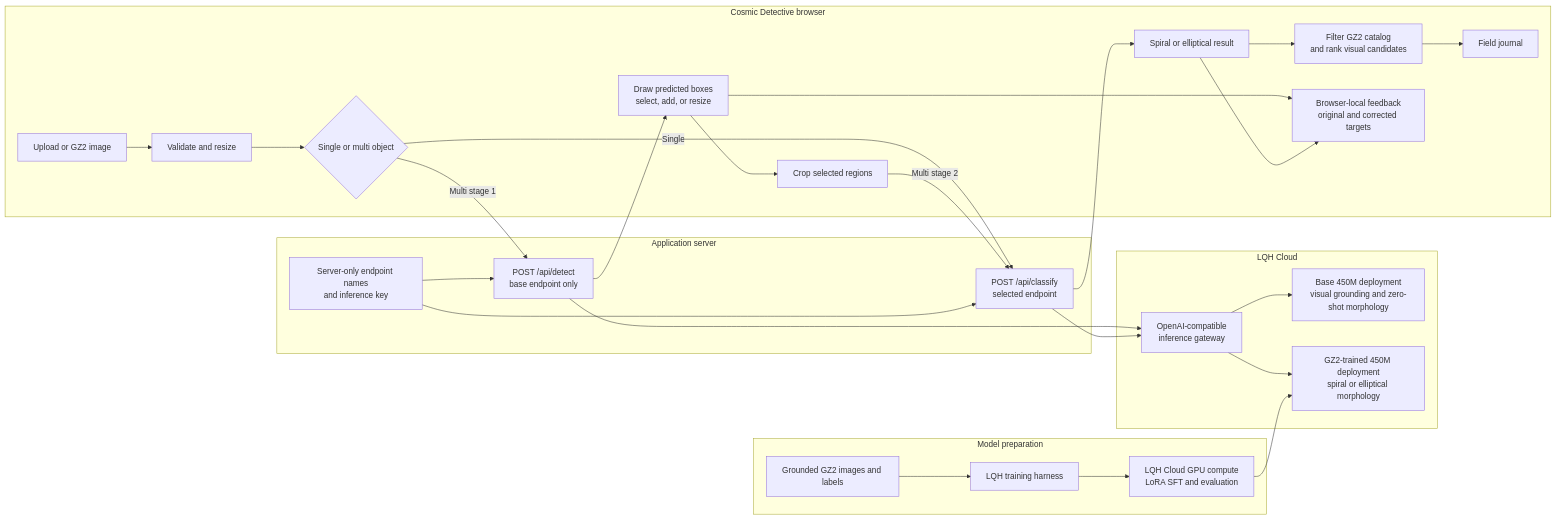
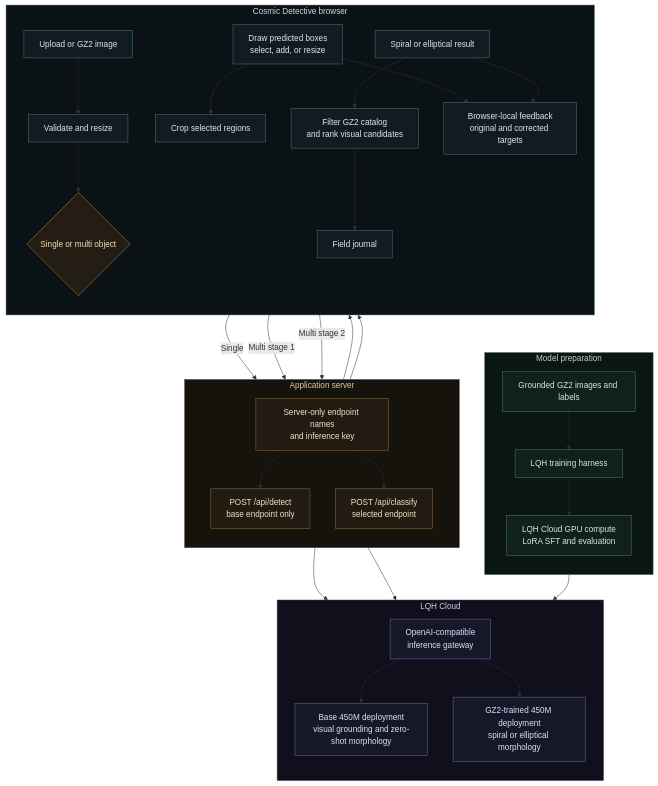
The diagram in README.md (vishnu-samavedula/cosmic-detective), drawn with Mermaid before and after one commit.

Commit message:
Style architecture diagram

````diff
--- a/README.md
+++ b/README.md
@@ -75,49 +75,70 @@
 ```mermaid
-flowchart LR
+flowchart TB
     subgraph Preparation[Model preparation]
+        direction TB
         GZ2[Grounded GZ2 images and labels]
         LQH[LQH training harness]
         SFT[LQH Cloud GPU compute<br/>LoRA SFT and evaluation]
         GZ2 --> LQH --> SFT
     end
 
     subgraph Cloud[LQH Cloud]
+        direction TB
         Gateway[OpenAI-compatible<br/>inference gateway]
         Base[Base 450M deployment<br/>visual grounding and zero-shot morphology]
         Trained[GZ2-trained 450M deployment<br/>spiral or elliptical morphology]
         Gateway --> Base
         Gateway --> Trained
         SFT --> Trained
     end
 
     subgraph Server[Application server]
+        direction TB
         Detect[POST /api/detect<br/>base endpoint only]
         Classify[POST /api/classify<br/>selected endpoint]
         Secrets[Server-only endpoint names<br/>and inference key]
         Secrets --> Detect
         Secrets --> Classify
         Detect --> Gateway
         Classify --> Gateway
     end
 
     subgraph Browser[Cosmic Detective browser]
+        direction TB
         Image[Upload or GZ2 image]
         Prepare[Validate and resize]
         Mode{Single or multi object}
         Boxes[Draw predicted boxes<br/>select, add, or resize]
         Crops[Crop selected regions]
         Label[Spiral or elliptical result]
         Retrieval[Filter GZ2 catalog<br/>and rank visual candidates]
         Feedback[Browser-local feedback<br/>original and corrected targets]
         Journal[Field journal]
 
         Image --> Prepare --> Mode
         Mode -->|Single| Classify
         Mode -->|Multi stage 1| Detect
         Detect --> Boxes --> Crops
         Crops -->|Multi stage 2| Classify
         Classify --> Label --> Retrieval --> Journal
         Boxes --> Feedback
         Label --> Feedback
     end
+
+    classDef preparation fill:#10201b,stroke:#527d6b,color:#d8e7df,stroke-width:1px
+    classDef cloud fill:#17172a,stroke:#706b9c,color:#e1def2,stroke-width:1px
+    classDef server fill:#211b12,stroke:#8b7048,color:#eee1ca,stroke-width:1px
+    classDef browser fill:#101c22,stroke:#52717e,color:#dce8ec,stroke-width:1px
+    classDef decision fill:#241d13,stroke:#b08a50,color:#f0dfbd,stroke-width:1px
+
+    class GZ2,LQH,SFT preparation
+    class Gateway,Base,Trained cloud
+    class Detect,Classify,Secrets server
+    class Image,Prepare,Boxes,Crops,Label,Retrieval,Feedback,Journal browser
+    class Mode decision
+
+    style Preparation fill:#0b1512,stroke:#2f5143,color:#bcd4c8
+    style Cloud fill:#10101d,stroke:#48476c,color:#cfcae6
+    style Server fill:#16120c,stroke:#5f4d34,color:#ddc9a6
+    style Browser fill:#0a1216,stroke:#354f5a,color:#c7dbe2
 ```
````
